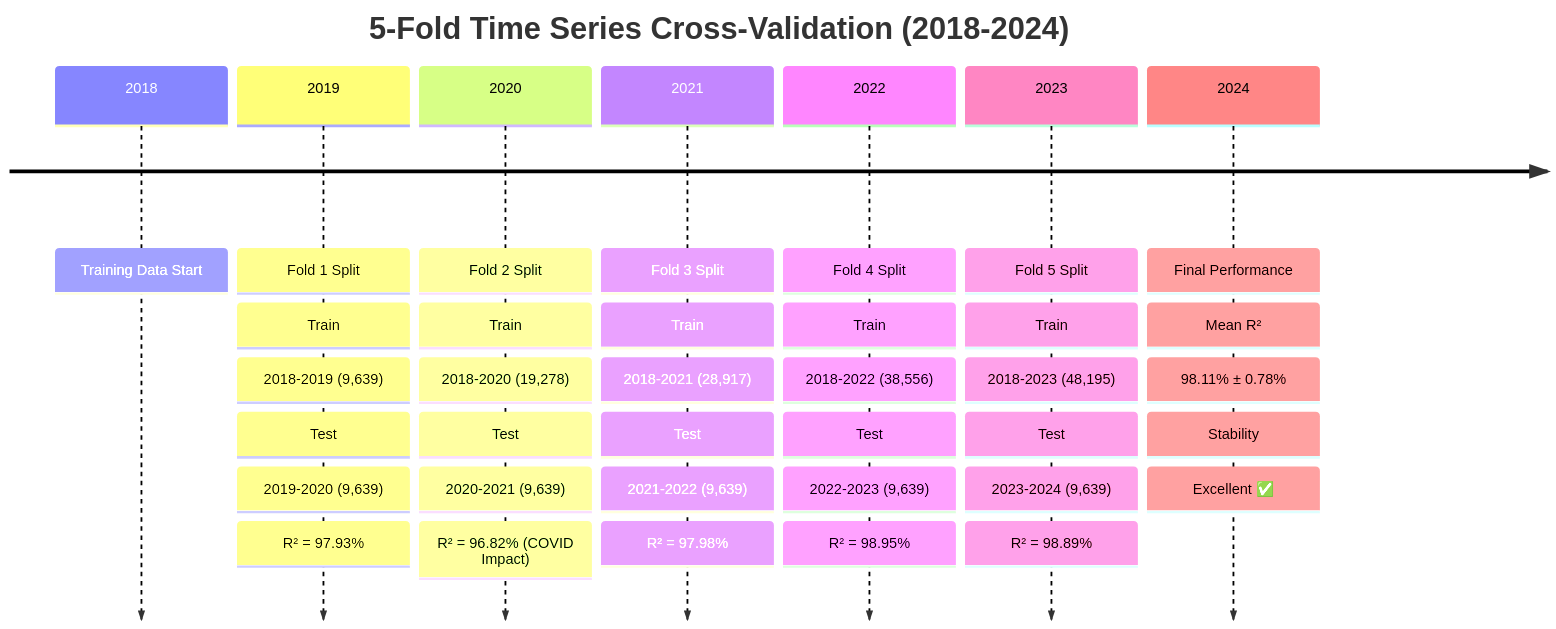
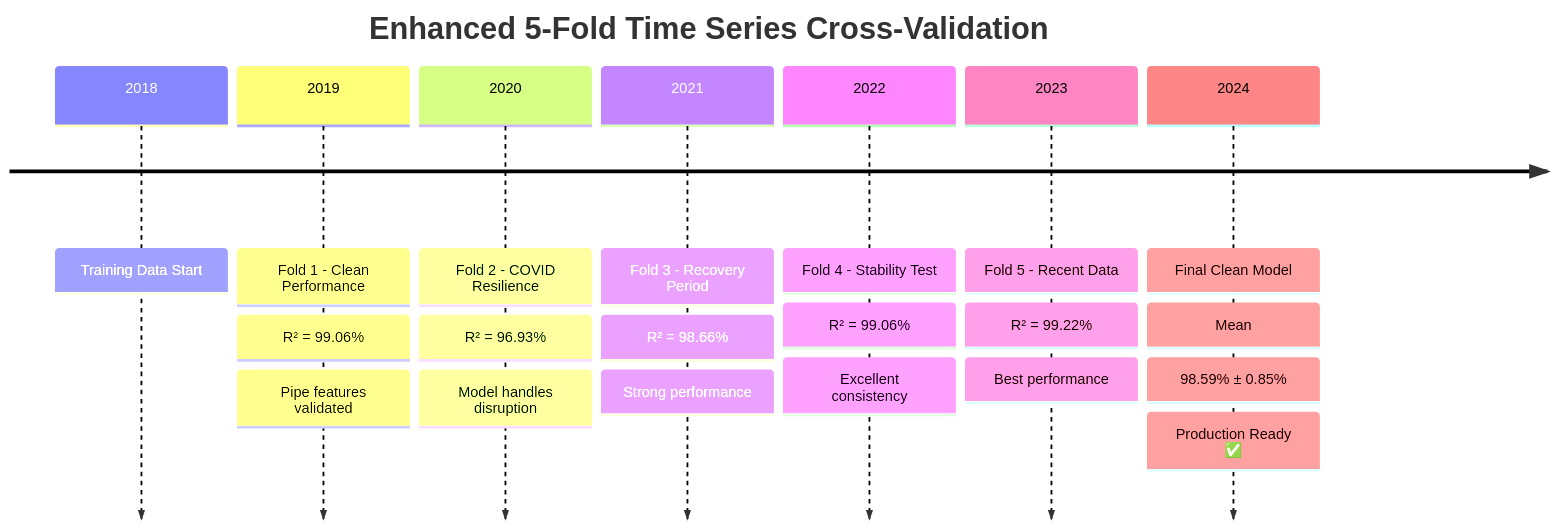
The tenth of 13 diagrams in README.md (GameHelix/centipede), drawn with Mermaid before and after one commit. The commit also changed other lines of this file, not shown here.

````diff
--- a/README.md
+++ b/README.md
@@ -318,35 +354,30 @@
 ```mermaid
 timeline
-    title 5-Fold Time Series Cross-Validation (2018-2024)
+    title Enhanced 5-Fold Time Series Cross-Validation
     
     2018 : Training Data Start
     
-    2019 : Fold 1 Split
-         : Train: 2018-2019 (9,639)
-         : Test: 2019-2020 (9,639)
-         : R² = 97.93%
+    2019 : Fold 1 - Clean Performance
+         : R² = 99.06%
+         : Pipe features validated
     
-    2020 : Fold 2 Split  
-         : Train: 2018-2020 (19,278)
-         : Test: 2020-2021 (9,639)
-         : R² = 96.82% (COVID Impact)
+    2020 : Fold 2 - COVID Resilience  
+         : R² = 96.93%
+         : Model handles disruption
     
-    2021 : Fold 3 Split
-         : Train: 2018-2021 (28,917)
-         : Test: 2021-2022 (9,639)  
-         : R² = 97.98%
+    2021 : Fold 3 - Recovery Period
+         : R² = 98.66%
+         : Strong performance
     
-    2022 : Fold 4 Split
-         : Train: 2018-2022 (38,556)
-         : Test: 2022-2023 (9,639)
-         : R² = 98.95%
+    2022 : Fold 4 - Stability Test
+         : R² = 99.06%
+         : Excellent consistency
     
-    2023 : Fold 5 Split
-         : Train: 2018-2023 (48,195)
-         : Test: 2023-2024 (9,639)
-         : R² = 98.89%
+    2023 : Fold 5 - Recent Data
+         : R² = 99.22%
+         : Best performance
     
-    2024 : Final Performance
-         : Mean R²: 98.11% ± 0.78%
-         : Stability: Excellent ✅
+    2024 : Final Clean Model
+         : Mean: 98.59% ± 0.85%
+         : Production Ready ✅
 ```
````
